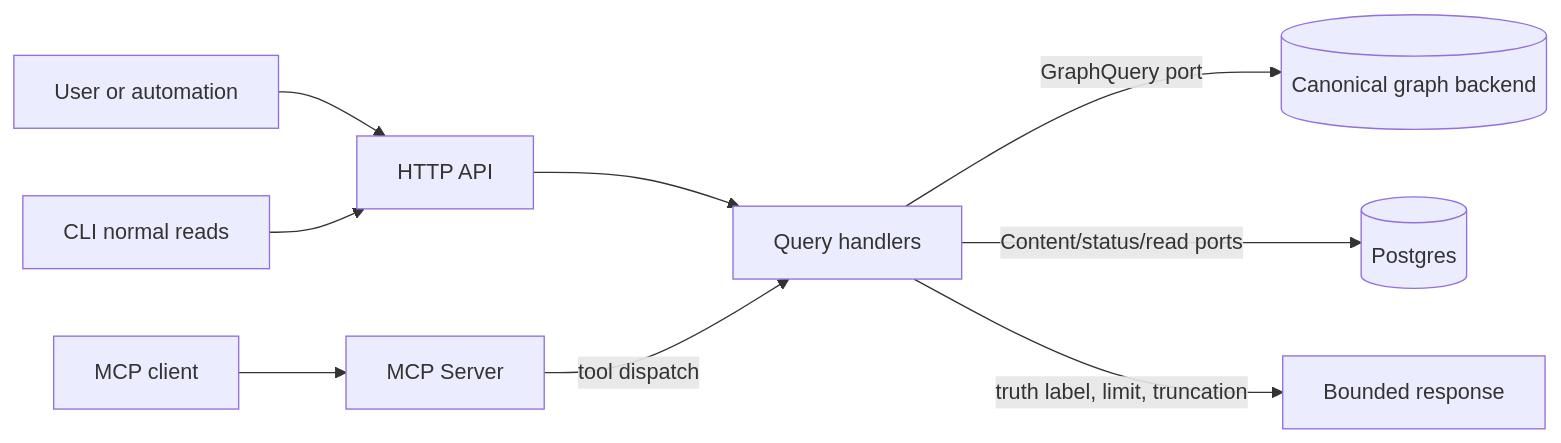
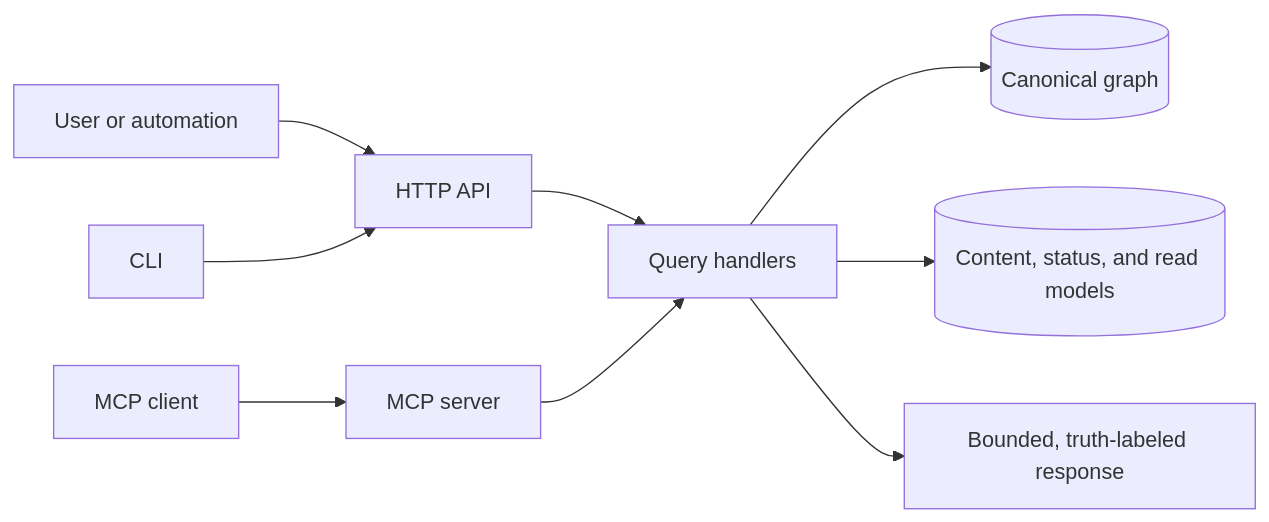
One commit to eshu-hq/eshu changed the third of 3 diagrams in docs/public/architecture.md. Above: the diagram before and after it, drawn with Mermaid. The commit also changed other lines of this file and 7 other files, not shown here.

````diff
--- a/docs/public/architecture.md
+++ b/docs/public/architecture.md
@@ -141,11 +95,11 @@
 ```mermaid
 flowchart LR
   User["User or automation"] --> API["HTTP API"]
-  MCPClient["MCP client"] --> MCP["MCP Server"]
-  CLI["CLI normal reads"] --> API
+  Client["MCP client"] --> MCP["MCP server"]
+  CLI["CLI"] --> API
   API --> Query["Query handlers"]
-  MCP -->|"tool dispatch"| Query
-  Query -->|"GraphQuery port"| Graph[("Canonical graph backend")]
-  Query -->|"Content/status/read ports"| Postgres[("Postgres")]
-  Query -->|"truth label, limit, truncation"| Response["Bounded response"]
+  MCP --> Query
+  Query --> Graph[("Canonical graph")]
+  Query --> Pg[("Content, status, and read models")]
+  Query --> Response["Bounded, truth-labeled response"]
 ```
````
